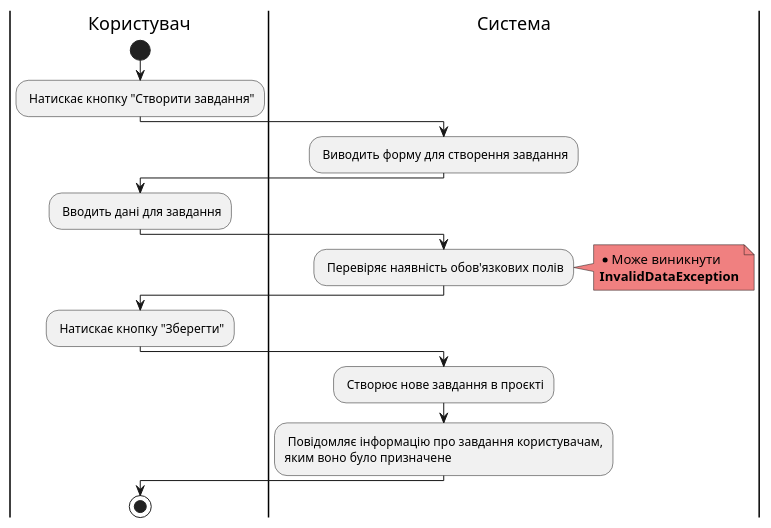
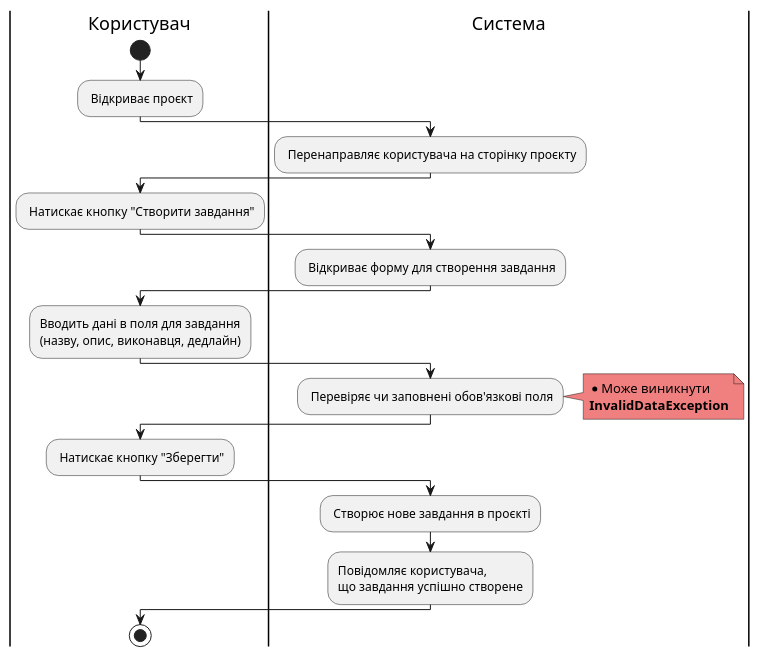
Before and after one commit to samoilenkomariia/db-coursework: the second of 6 diagrams in docs/use cases/README.md, drawn with PlantUML. The commit also changed other lines of this file, not shown here.

Commit message:
Update use cases diagrams

```diff
--- a/docs/use cases/README.md
+++ b/docs/use cases/README.md
@@ -166,30 +166,36 @@
 @startuml
 
     |Користувач|
     start;
+    : Відкриває проєкт;
+    
+    |Система|
+    : Перенаправляє користувача на сторінку проєкту;
+    
+    |Користувач|
     : Натискає кнопку "Створити завдання";
 
     |Система|
-    : Виводить форму для створення завдання;
+    : Відкриває форму для створення завдання;
 
     |Користувач|
-    : Вводить дані для завдання;
+    :Вводить дані в поля для завдання\n(назву, опис, виконавця, дедлайн);
     
     |Система|
-    : Перевіряє наявність обов'язкових полів;
+    : Перевіряє чи заповнені обов'язкові поля;
     
     note right #lightcoral
         * Може виникнути
         <b>InvalidDataException</b>
     end note
         
     |Користувач|
     : Натискає кнопку "Зберегти";
 
     |Система|
     : Створює нове завдання в проєкті;
-    : Повідомляє інформацію про завдання користувачам,\nяким воно було призначене;
+    :Повідомляє користувача,\nщо завдання успішно створене;
 
      |Користувач|
         stop;
 @enduml
```
